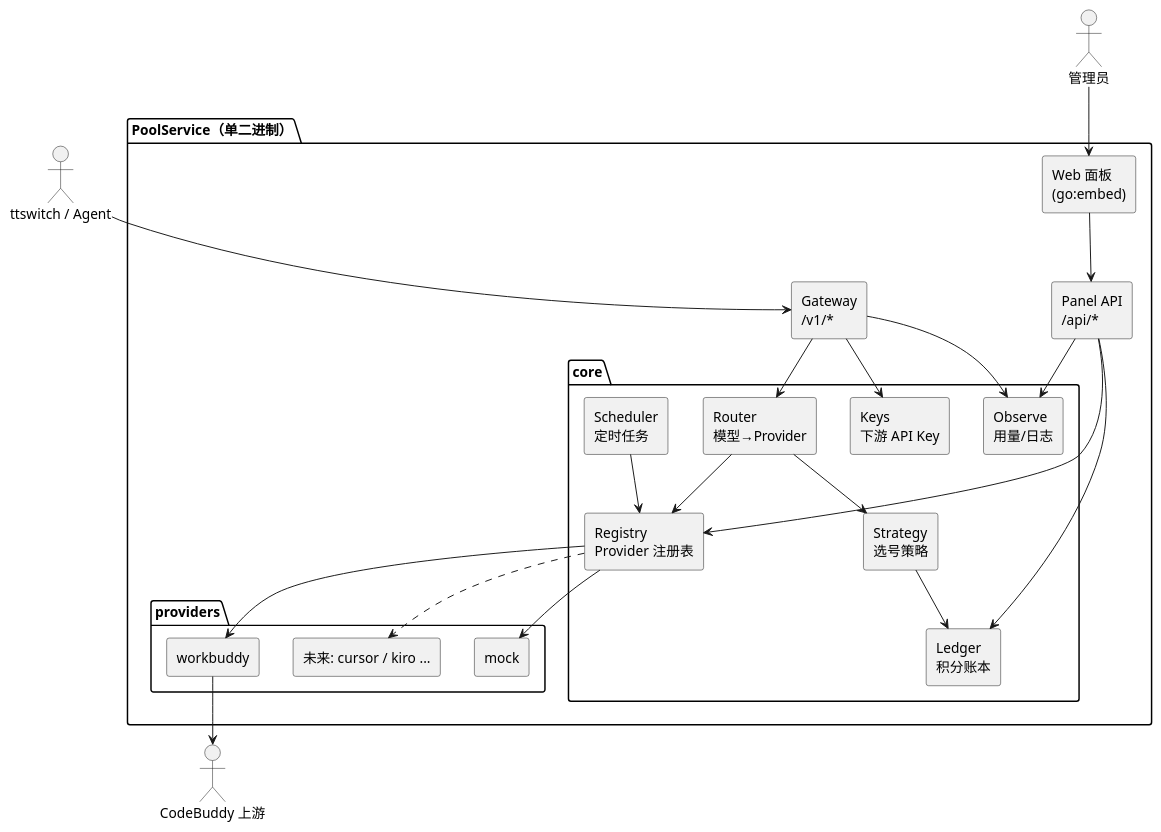
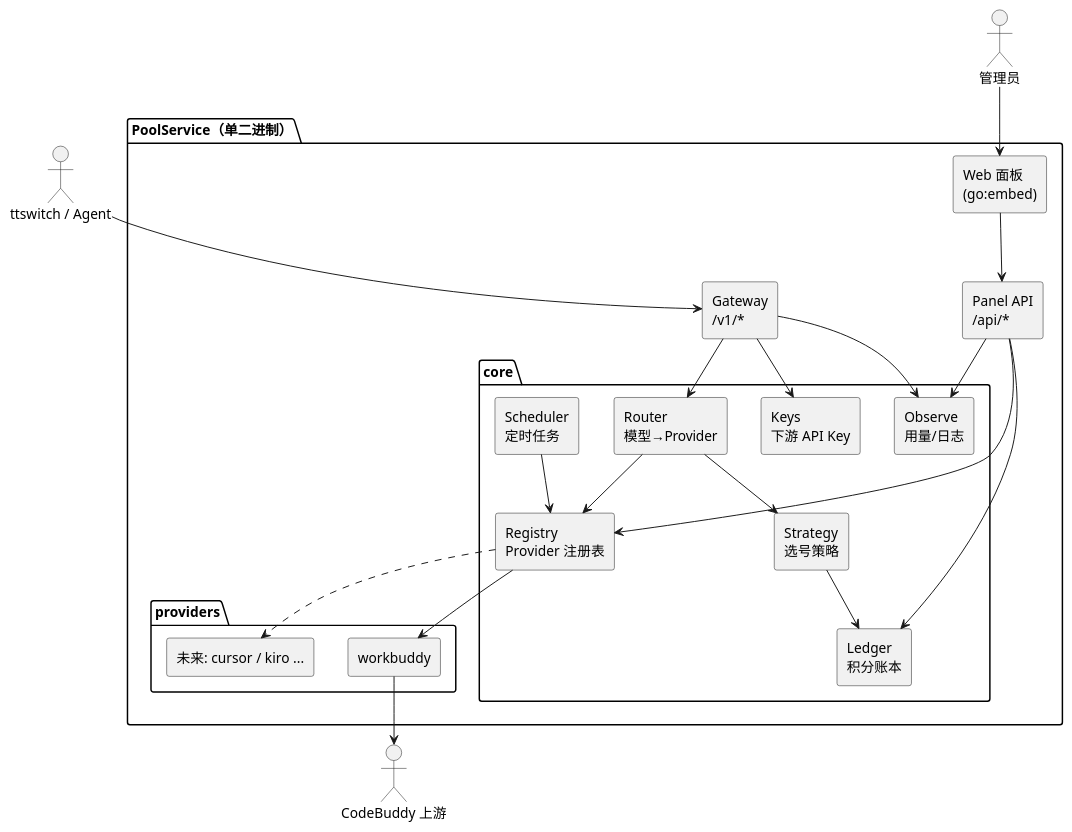
The first of 2 diagrams in docs/ARCHITECTURE.md (OrangeCatYe/WorkBuddy2Api-PoolService), drawn with PlantUML before and after one commit. The commit also changed other lines of this file and 9 other files, not shown here.

````diff
--- a/docs/ARCHITECTURE.md
+++ b/docs/ARCHITECTURE.md
@@ -5,45 +5,43 @@
 ```plantuml
 @startuml
 skinparam componentStyle rectangle
 actor "ttswitch / Agent" as Client
 actor "管理员" as Admin
 
 package "PoolService（单二进制）" {
   [Gateway\n/v1/*] as GW
   [Panel API\n/api/*] as API
   [Web 面板\n(go:embed)] as WEB
   package "core" {
     [Router\n模型→Provider] as Router
     [Strategy\n选号策略] as Strategy
     [Ledger\n积分账本] as Ledger
     [Keys\n下游 API Key] as Keys
     [Observe\n用量/日志] as Obs
     [Scheduler\n定时任务] as Sched
     [Registry\nProvider 注册表] as Reg
   }
   package "providers" {
     [workbuddy] as WB
-    [mock] as Mock
     [未来: cursor / kiro ...] as Future
   }
 }
 
 Client --> GW
 Admin --> WEB
 WEB --> API
 GW --> Keys
 GW --> Router
 Router --> Strategy
 Strategy --> Ledger
 Router --> Reg
 Reg --> WB
-Reg --> Mock
 Reg ..> Future
 GW --> Obs
 Sched --> Reg
 API --> Reg
 API --> Ledger
 API --> Obs
 WB --> "CodeBuddy 上游"
 @enduml
 ```
````
